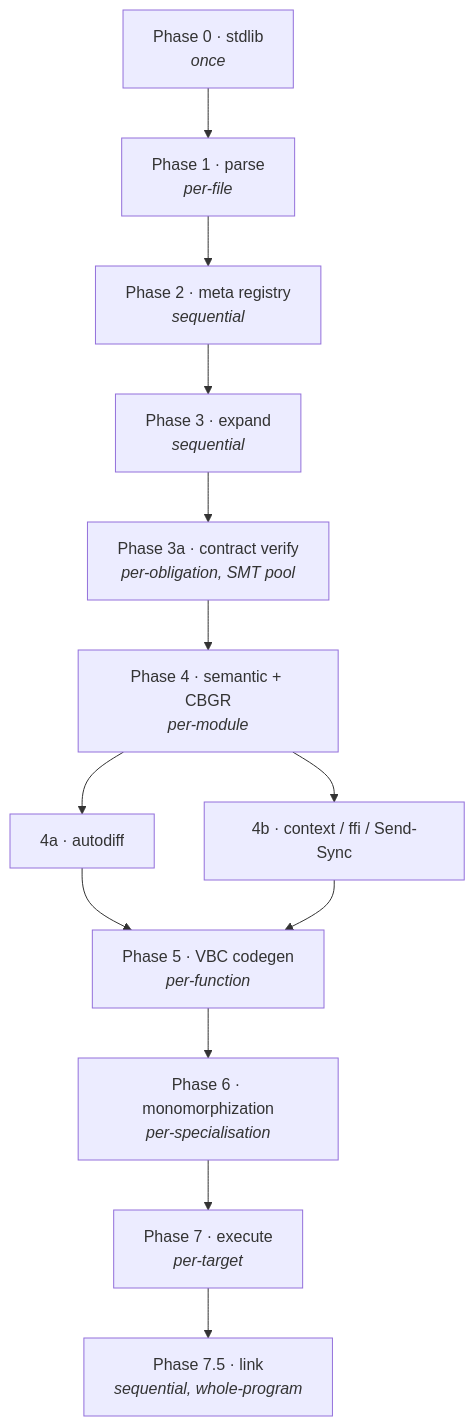
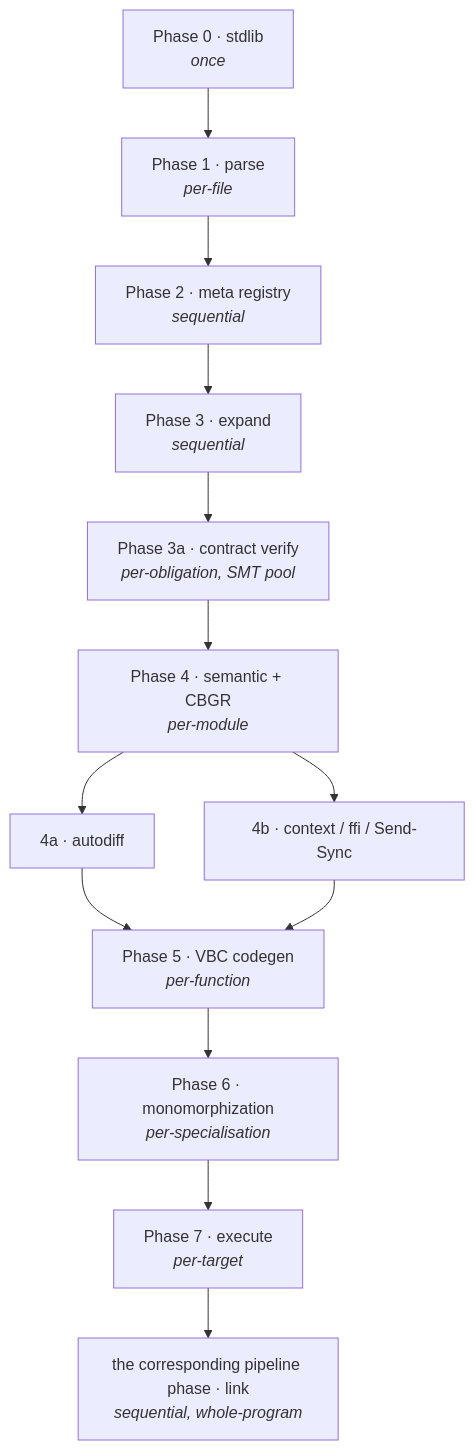
One commit to verum-lang/website changed the second of 2 diagrams in docs/architecture/compilation-pipeline.md. Above: the diagram before and after it, drawn with Mermaid. The commit also changed other lines of this file and 42 other files, not shown here.

````diff
--- a/docs/architecture/compilation-pipeline.md
+++ b/docs/architecture/compilation-pipeline.md
@@ -281,22 +281,22 @@
 ```mermaid
 flowchart TD
     P0["Phase 0 · stdlib<br/><i>once</i>"]
     P1["Phase 1 · parse<br/><i>per-file</i>"]
     P2["Phase 2 · meta registry<br/><i>sequential</i>"]
     P3["Phase 3 · expand<br/><i>sequential</i>"]
     P3A["Phase 3a · contract verify<br/><i>per-obligation, SMT pool</i>"]
     P4["Phase 4 · semantic + CBGR<br/><i>per-module</i>"]
     P4A["4a · autodiff"]
     P4B["4b · context / ffi / Send-Sync"]
     P5["Phase 5 · VBC codegen<br/><i>per-function</i>"]
     P6["Phase 6 · monomorphization<br/><i>per-specialisation</i>"]
     P7["Phase 7 · execute<br/><i>per-target</i>"]
-    P75["Phase 7.5 · link<br/><i>sequential, whole-program</i>"]
+    P75["the corresponding pipeline phase · link<br/><i>sequential, whole-program</i>"]
 
     P0 --> P1 --> P2 --> P3 --> P3A --> P4
     P4 --> P4A
     P4 --> P4B
     P4A --> P5
     P4B --> P5
     P5 --> P6 --> P7 --> P75
 ```
````
